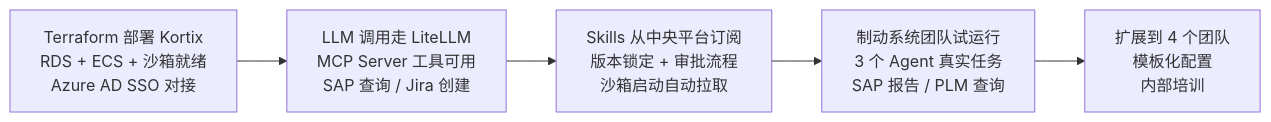
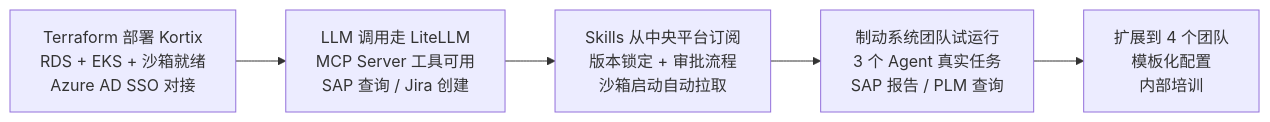
Before and after one commit to SilkLee/full-stack-guide: diagram 19 of 19 in suna-deep-dive.md, drawn with Mermaid. The commit also changed other lines of this file, not shown here.

Commit message:
Replace ECS with EKS: Kubernetes deployment, kubectl rollout, update glossary and CI/CD

````diff
--- a/suna-deep-dive.md
+++ b/suna-deep-dive.md
@@ -1363,13 +1363,13 @@
 ```mermaid
 flowchart LR
     P0["Week 1-2<br/>基础部署"] --> P1["Week 3-4<br/>LiteLLM+MCP 集成"]
     P1 --> P2["Week 5-7<br/>Skills 平台对接"]
     P2 --> P3["Week 8-10<br/>单团队试点"]
     P3 --> P4["Week 11-14<br/>多团队推广"]
 
-    P0["Terraform 部署 Kortix<br/>RDS + ECS + 沙箱就绪<br/>Azure AD SSO 对接"]
+    P0["Terraform 部署 Kortix<br/>RDS + EKS + 沙箱就绪<br/>Azure AD SSO 对接"]
     P1["LLM 调用走 LiteLLM<br/>MCP Server 工具可用<br/>SAP 查询 / Jira 创建"]
     P2["Skills 从中央平台订阅<br/>版本锁定 + 审批流程<br/>沙箱启动自动拉取"]
     P3["制动系统团队试运行<br/>3 个 Agent 真实任务<br/>SAP 报告 / PLM 查询"]
     P4["扩展到 4 个团队<br/>模板化配置<br/>内部培训"]
 ```
````
